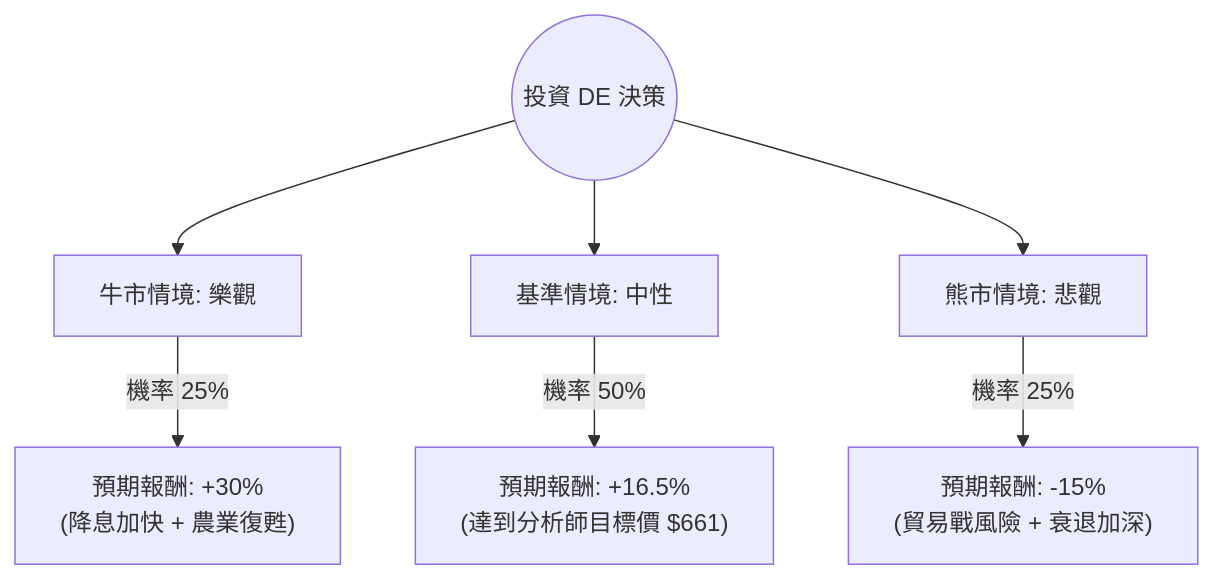
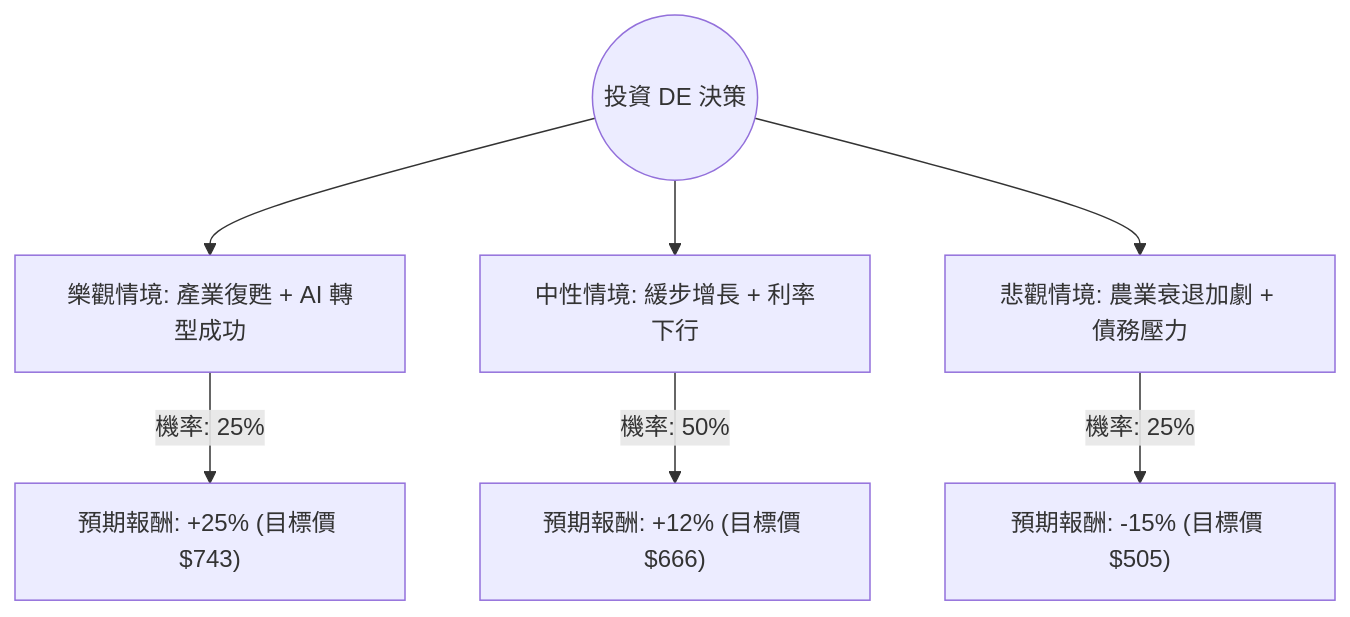
The diagram in plugin-react/ai-analysis/ev-analysis/DE.md (zmcx16/zmcx16.github.io), drawn with Mermaid before and after one commit. The commit also changed other lines of this file and 70 other files, not shown here.

````diff
--- a/plugin-react/ai-analysis/ev-analysis/DE.md
+++ b/plugin-react/ai-analysis/ev-analysis/DE.md
@@ -19,10 +20,10 @@
 ```mermaid
 graph TD
-    Start((投資 DE 決策)) --> Bull[牛市情境: 樂觀]
-    Start --> Base[基準情境: 中性]
-    Start --> Bear[熊市情境: 悲觀]
+    Start((投資 DE 決策)) --> Bull[樂觀情境: 產業復甦 + AI 轉型成功]
+    Start --> Base[中性情境: 緩步增長 + 利率下行]
+    Start --> Bear[悲觀情境: 農業衰退加劇 + 債務壓力]
 
-    Bull -- "機率 25%" --> BullVal["預期報酬: +30% <br/> (降息加快 + 農業復甦)"]
-    Base -- "機率 50%" --> BaseVal["預期報酬: +16.5% <br/> (達到分析師目標價 $661)"]
-    Bear -- "機率 25%" --> BearVal["預期報酬: -15% <br/> (貿易戰風險 + 衰退加深)"]
+    Bull -- "機率: 25%" --> BullVal["預期報酬: +25% (目標價 $743)"]
+    Base -- "機率: 50%" --> BaseVal["預期報酬: +12% (目標價 $666)"]
+    Bear -- "機率: 25%" --> BearVal["預期報酬: -15% (目標價 $505)"]
 ```
````
